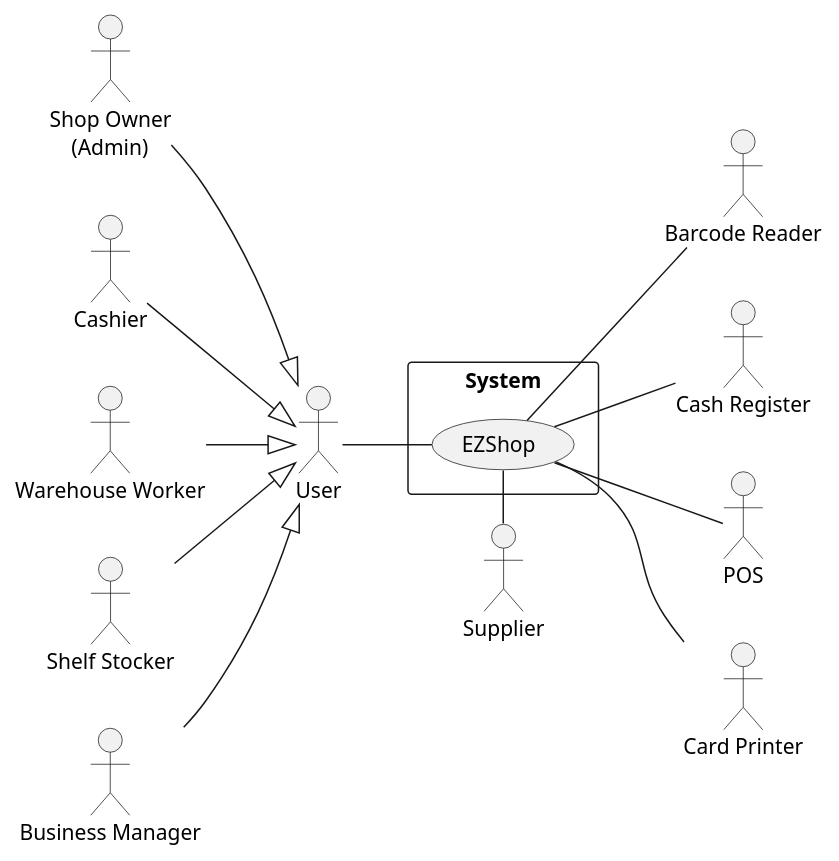
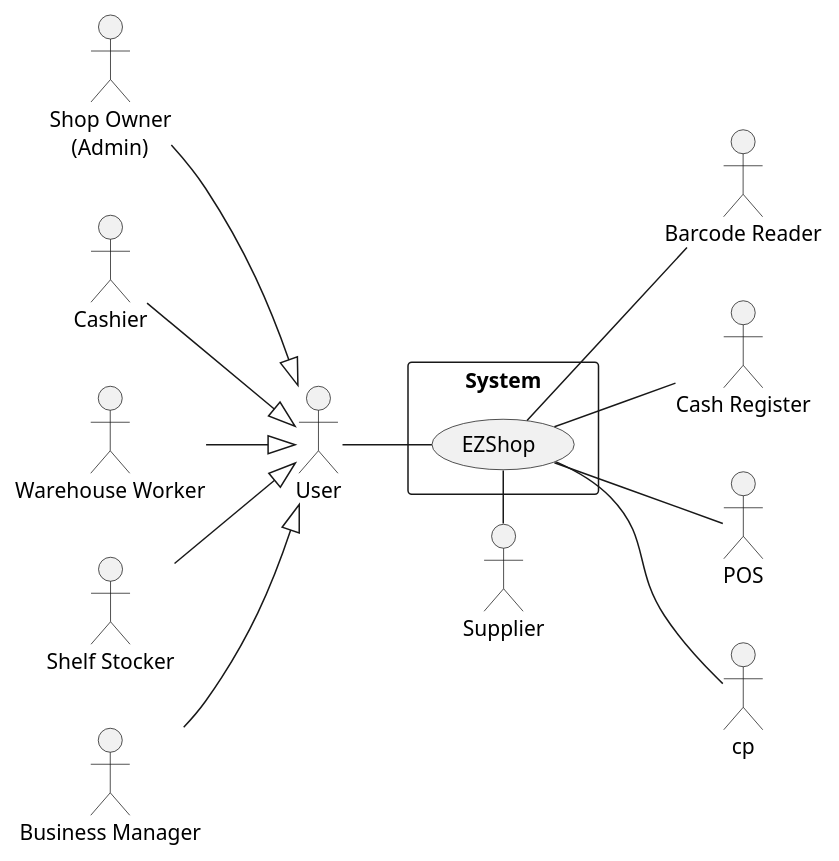
Before and after one commit to gioele-scaletta/EZShop-Software-Engineering-Project: the first of 5 diagrams in Deliverables/RequirementsDocument.md, drawn with PlantUML. The commit also changed other lines of this file, not shown here.

````diff
--- a/Deliverables/RequirementsDocument.md
+++ b/Deliverables/RequirementsDocument.md
@@ -59,32 +59,31 @@
 ```plantuml
 left to right direction
  
 actor "User" as u
 actor "Shop Owner\n    (Admin)" as so
 actor "Cashier" as c
 actor "Warehouse Worker" as ww
 actor "Shelf Stocker" as ss
 actor "Barcode Reader" as br
 actor "Cash Register" as cr
 actor "POS" as p
-Actor "Card Printer" as cp
 actor "Supplier" as s
 actor "Business Manager" as bm
  
 rectangle System {
     usecase EZShop
 }
  
 so --|> u
 c --|> u
 ww --|> u
 ss --|> u
 bm --|> u
  
 u -- EZShop
 EZShop -- br
 EZShop -- cr
 EZShop -- p
 EZShop -- cp
 s - EZShop
 ```
````
